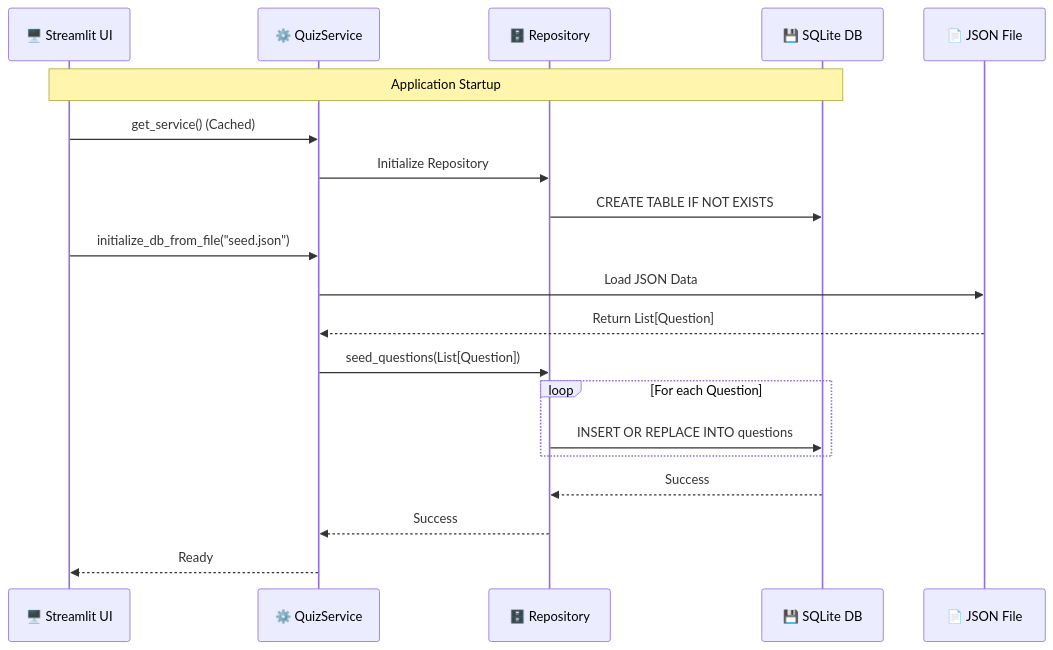
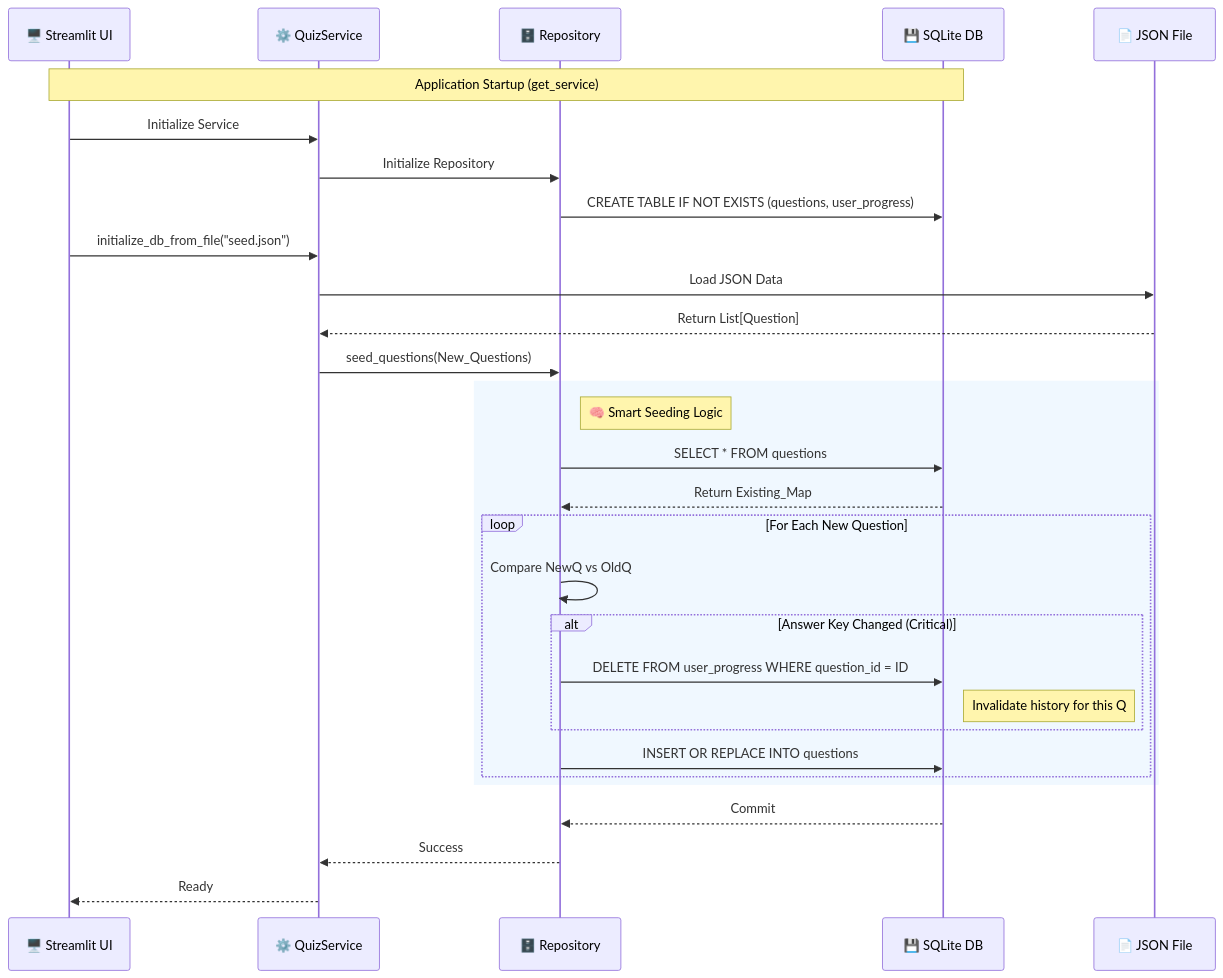
One commit to m1981/forklift-quiz changed the first of 4 diagrams in doc/diagrams.md. Above: the diagram before and after it, drawn with Mermaid. The commit also changed other lines of this file and 6 other files, not shown here.

````diff
--- a/doc/diagrams.md
+++ b/doc/diagrams.md
@@ -3,26 +4,41 @@
 ```mermaid
 sequenceDiagram
     participant App as 🖥️ Streamlit UI
     participant Service as ⚙️ QuizService
     participant Repo as 🗄️ Repository
     participant DB as 💾 SQLite DB
     participant File as 📄 JSON File
 
-    Note over App, DB: Application Startup
-    App->>Service: get_service() (Cached)
+    Note over App, DB: Application Startup (get_service)
+    
+    App->>Service: Initialize Service
     Service->>Repo: Initialize Repository
-    Repo->>DB: CREATE TABLE IF NOT EXISTS
+    Repo->>DB: CREATE TABLE IF NOT EXISTS (questions, user_progress)
     
     App->>Service: initialize_db_from_file("seed.json")
     Service->>File: Load JSON Data
     File-->>Service: Return List[Question]
-    Service->>Repo: seed_questions(List[Question])
     
-    loop For each Question
-        Repo->>DB: INSERT OR REPLACE INTO questions
+    Service->>Repo: seed_questions(New_Questions)
+    
+    rect rgb(240, 248, 255)
+        Note right of Repo: 🧠 Smart Seeding Logic
+        Repo->>DB: SELECT * FROM questions
+        DB-->>Repo: Return Existing_Map
+        
+        loop For Each New Question
+            Repo->>Repo: Compare NewQ vs OldQ
+            
+            alt Answer Key Changed (Critical)
+                Repo->>DB: DELETE FROM user_progress WHERE question_id = ID
+                Note right of DB: Invalidate history for this Q
+            end
+            
+            Repo->>DB: INSERT OR REPLACE INTO questions
+        end
     end
     
-    DB-->>Repo: Success
+    DB-->>Repo: Commit
     Repo-->>Service: Success
     Service-->>App: Ready
 ```
````
